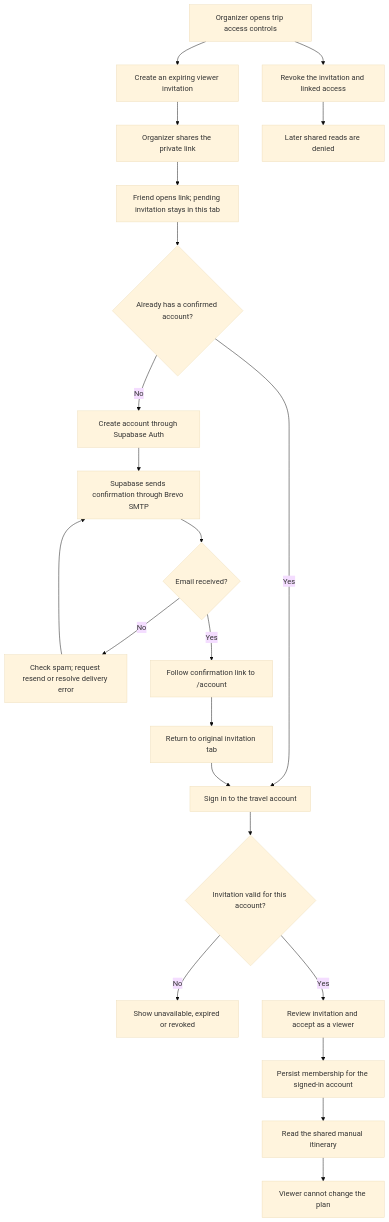
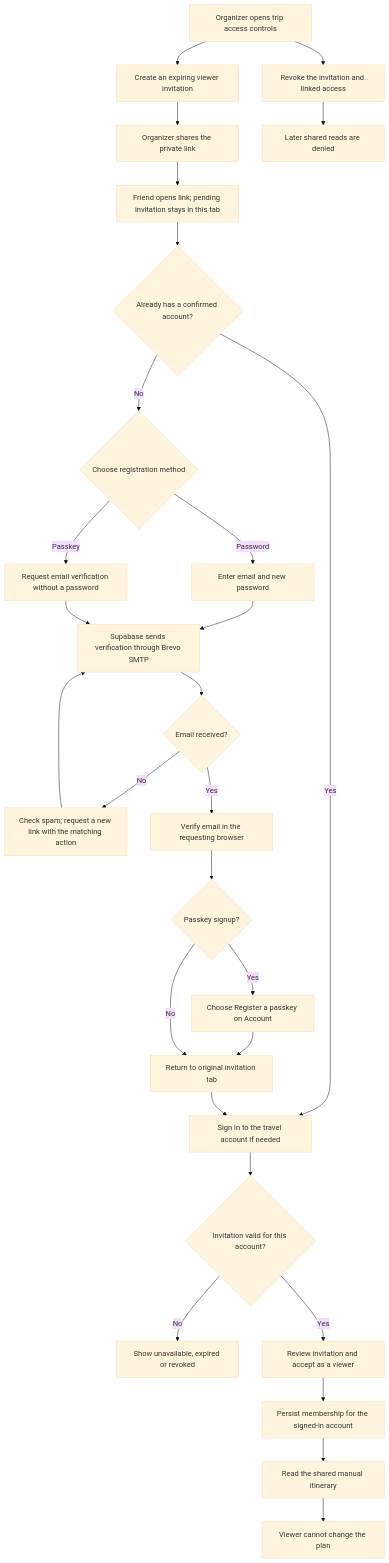
Before and after one commit to eddieyang-97/trip-planning-engine: the fifth of 6 diagrams in docs/user-flows.md, drawn with Mermaid (base theme). The commit also changed other lines of this file and 8 other files, not shown here.

Commit message:
Clarify deployed passkey flows, recovery and verification boundaries (#62)

````diff
--- a/docs/user-flows.md
+++ b/docs/user-flows.md
@@ -106,24 +106,30 @@
 ```mermaid
 flowchart TB
     Owner[Organizer opens trip access controls] --> Invite[Create an expiring viewer invitation]
     Invite --> Share[Organizer shares the private link]
     Share --> Friend[Friend opens link; pending invitation stays in this tab]
     Friend --> Account{Already has a confirmed account?}
-    Account -->|Yes| SignIn[Sign in to the travel account]
-    Account -->|No| SignUp[Create account through Supabase Auth]
-    SignUp --> Email[Supabase sends confirmation through Brevo SMTP]
+    Account -->|Yes| SignIn[Sign in to the travel account if needed]
+    Account -->|No| Method{Choose registration method}
+    Method -->|Password| SignUp[Enter email and new password]
+    Method -->|Passkey| Magic[Request email verification without a password]
+    SignUp --> Email[Supabase sends verification through Brevo SMTP]
+    Magic --> Email
     Email --> Delivery{Email received?}
-    Delivery -->|No| Retry[Check spam; request resend or resolve delivery error]
+    Delivery -->|No| Retry[Check spam; request a new link with the matching action]
     Retry --> Email
-    Delivery -->|Yes| Confirm[Follow confirmation link to /account]
-    Confirm --> Return[Return to original invitation tab]
+    Delivery -->|Yes| Confirm[Verify email in the requesting browser]
+    Confirm --> Key{Passkey signup?}
+    Key -->|Yes| Enroll[Choose Register a passkey on Account]
+    Enroll --> Return[Return to original invitation tab]
+    Key -->|No| Return
     Return --> SignIn
     SignIn --> Valid{Invitation valid for this account?}
     Valid -->|No| Unavailable[Show unavailable, expired or revoked]
     Valid -->|Yes| Join[Review invitation and accept as a viewer]
     Join --> Member[Persist membership for the signed-in account]
     Member --> View[Read the shared manual itinerary]
     View --> ReadOnly[Viewer cannot change the plan]
     Owner --> Revoke[Revoke the invitation and linked access]
     Revoke --> Block[Later shared reads are denied]
 ```
````
